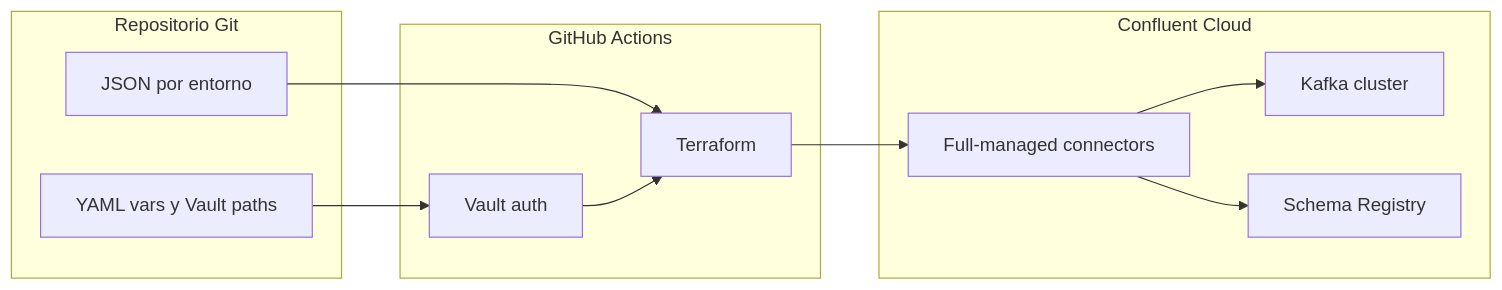
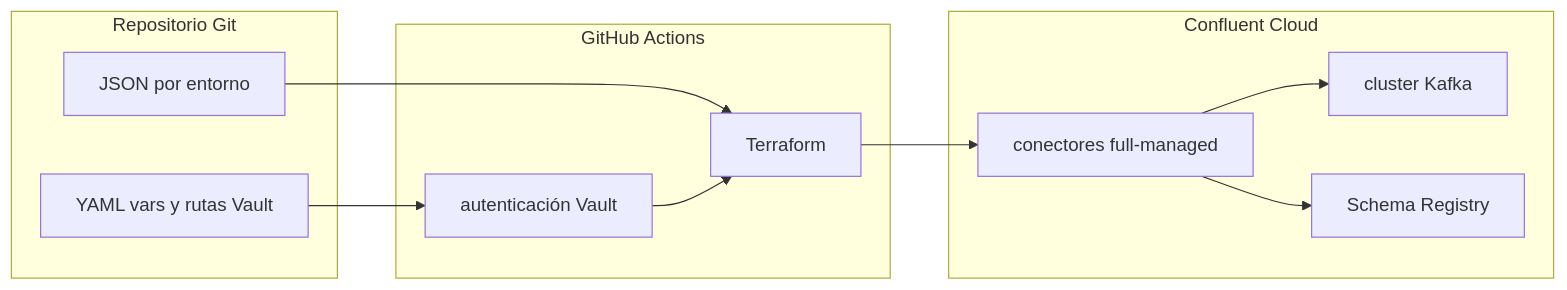
One commit to denniskano/wp-cp-flink-tf-gh changed the diagram in docs/CONNECTORS_SELF_MANAGED_VS_FULL_MANAGED.md. Above: the diagram before and after it, drawn with Mermaid. The commit also changed other lines of this file, not shown here.

````diff
--- a/docs/CONNECTORS_SELF_MANAGED_VS_FULL_MANAGED.md
+++ b/docs/CONNECTORS_SELF_MANAGED_VS_FULL_MANAGED.md
@@ -79,22 +79,22 @@
 ```mermaid
 flowchart LR
   subgraph repo [Repositorio Git]
     JSON[JSON por entorno]
-    YAML[YAML vars y Vault paths]
+    YAML[YAML vars y rutas Vault]
   end
   subgraph cicd [GitHub Actions]
-    VA[Vault auth]
+    VA[autenticación Vault]
     TF[Terraform]
   end
   subgraph cc [Confluent Cloud]
-    KC[Kafka cluster]
+    KC[cluster Kafka]
     SR[Schema Registry]
-    FMC[Full-managed connectors]
+    FMC[conectores full-managed]
   end
   JSON --> TF
   YAML --> VA
   VA --> TF
   TF --> FMC
   FMC --> KC
   FMC --> SR
 ```
````
